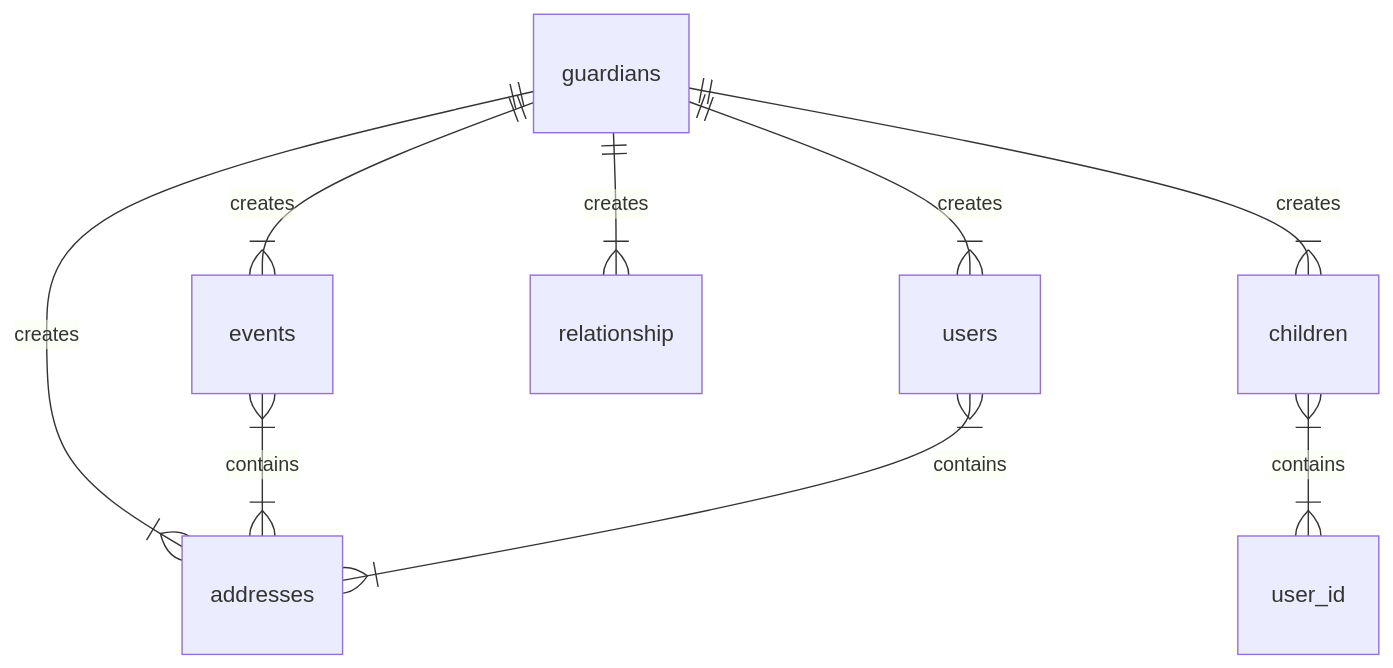
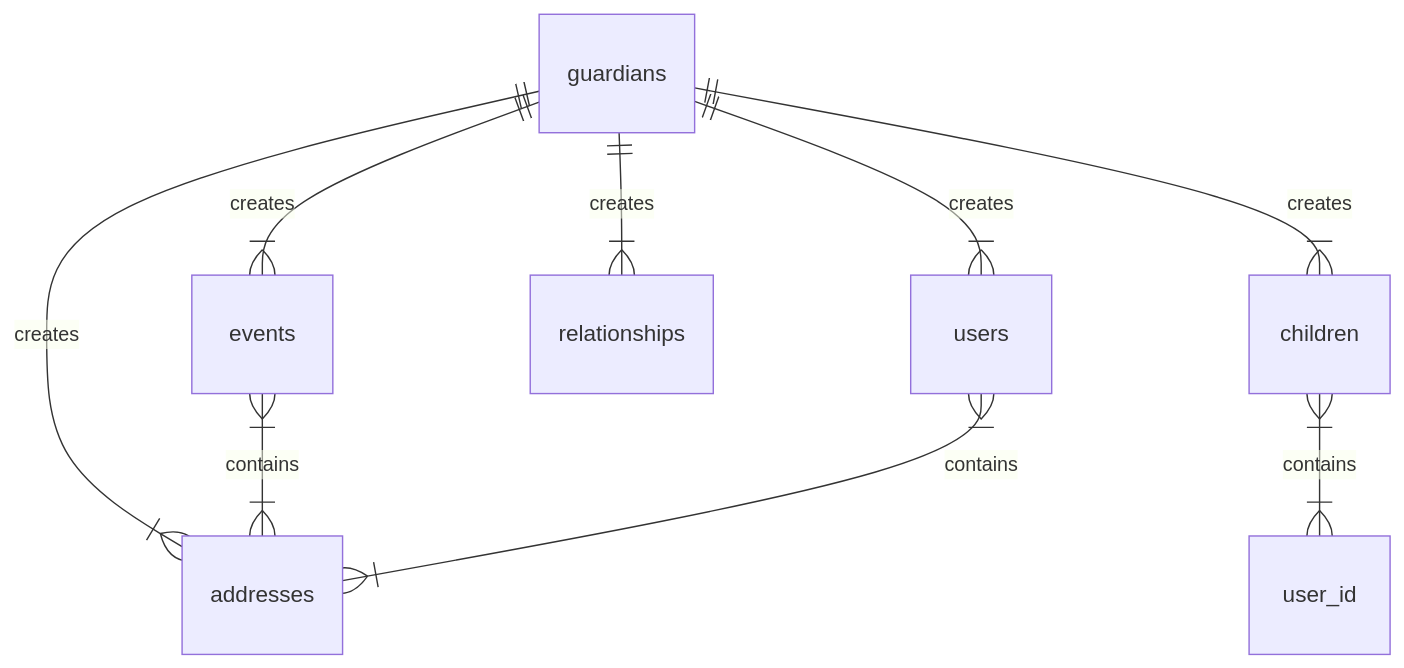
One commit to ChrisUno/Childcare changed the first of 2 diagrams in README.md. Above: the diagram before and after it, drawn with Mermaid. The commit also changed other lines of this file, not shown here.

````diff
--- a/README.md
+++ b/README.md
@@ -33,12 +33,12 @@
 ``` mermaid
 erDiagram
           guardians ||--|{ events : "creates"
           guardians ||--|{ children : "creates"
           guardians ||--|{ addresses : "creates"
-          guardians ||--|{ relationship : "creates"
+          guardians ||--|{ relationships : "creates"
           guardians ||--|{ users : "creates"
           events }|--|{ addresses : "contains"
           children }|--|{ user_id : "contains"
           users }|--|{ addresses : "contains"
           
 ```
````
